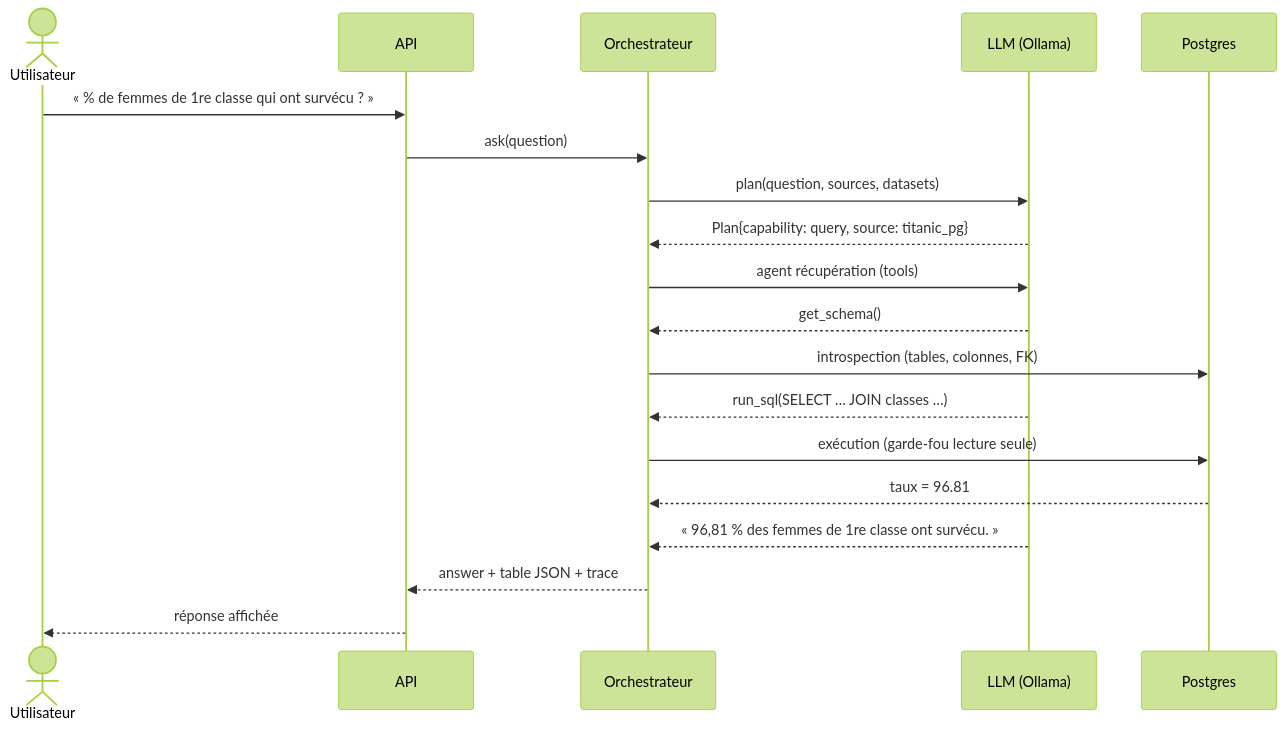
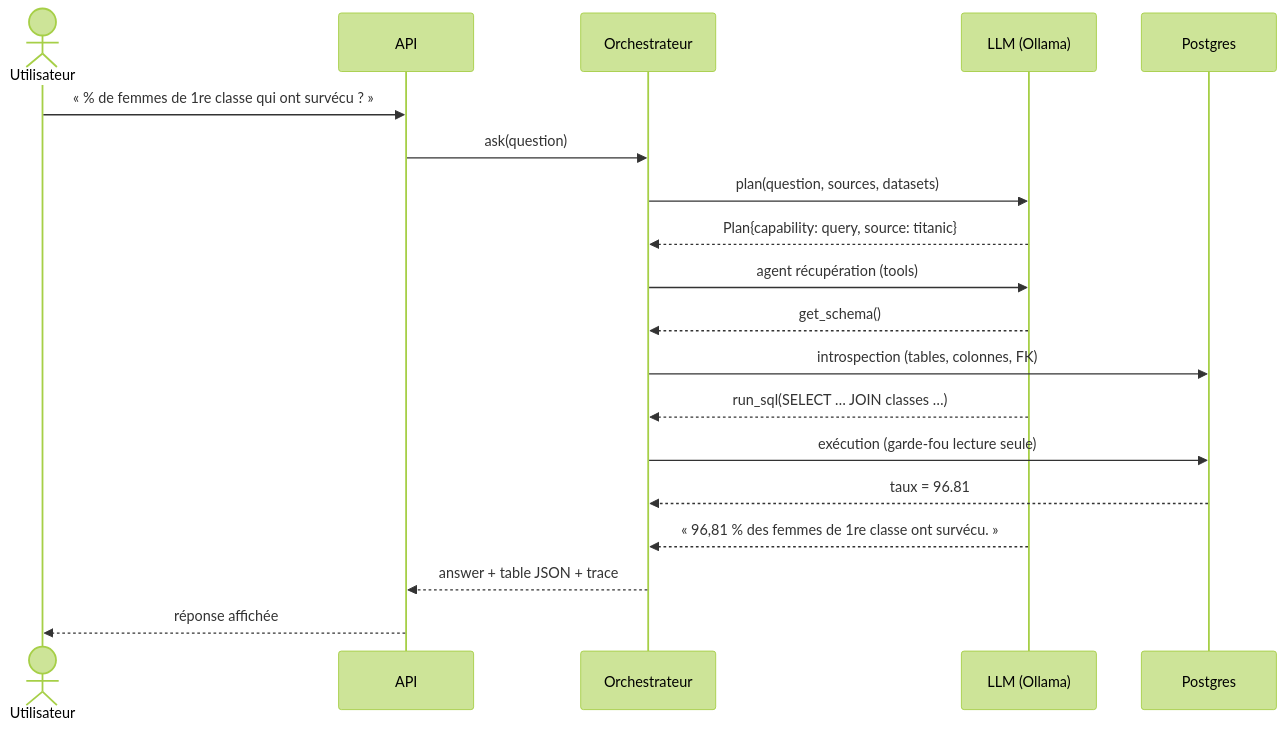
The third of 3 diagrams in docs/ARCHITECTURE.md (floSa/data-analyst-agent), drawn with Mermaid (forest theme) before and after one commit. The commit also changed 6 other files, not shown here.

````diff
--- a/docs/ARCHITECTURE.md
+++ b/docs/ARCHITECTURE.md
@@ -95,22 +95,22 @@
 ```mermaid
 sequenceDiagram
     actor U as Utilisateur
     participant A as API
     participant O as Orchestrateur
     participant L as LLM (Ollama)
     participant P as Postgres
 
     U->>A: « % de femmes de 1re classe qui ont survécu ? »
     A->>O: ask(question)
     O->>L: plan(question, sources, datasets)
-    L-->>O: Plan{capability: query, source: titanic_pg}
+    L-->>O: Plan{capability: query, source: titanic}
     O->>L: agent récupération (tools)
     L-->>O: get_schema()
     O->>P: introspection (tables, colonnes, FK)
     L-->>O: run_sql(SELECT … JOIN classes …)
     O->>P: exécution (garde-fou lecture seule)
     P-->>O: taux = 96.81
     L-->>O: « 96,81 % des femmes de 1re classe ont survécu. »
     O-->>A: answer + table JSON + trace
     A-->>U: réponse affichée
 ```
````
